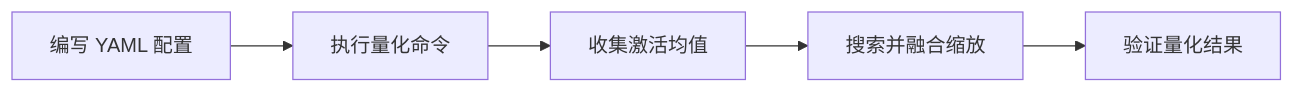
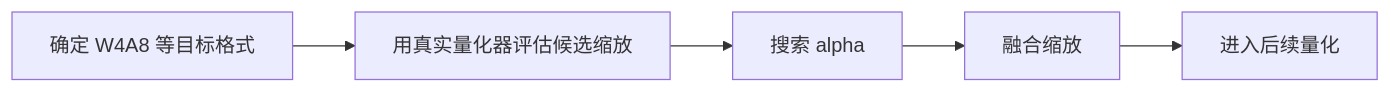
One commit to mindstudio-docs/master changed the diagram in msmodelslim/docs/zh/knowledge_base/quantization_algorithms/flex_awq_ssz/usage_flex_awq_ssz.md. Above: the diagram before and after it, drawn with Mermaid. The commit also changed other lines of this file and 73 other files, not shown here.

````diff
--- a/msmodelslim/docs/zh/knowledge_base/quantization_algorithms/flex_awq_ssz/usage_flex_awq_ssz.md
+++ b/msmodelslim/docs/zh/knowledge_base/quantization_algorithms/flex_awq_ssz/usage_flex_awq_ssz.md
@@ -43,7 +24,7 @@
 ```mermaid
 flowchart LR
-    A[编写 YAML 配置] --> B[执行量化命令]
-    B --> C[收集激活均值]
-    C --> D[搜索并融合缩放]
-    D --> E[验证量化结果]
+    A[确定 W4A8 等目标格式] --> B[用真实量化器评估候选缩放]
+    B[用真实量化器评估候选缩放] --> C[搜索 alpha]
+    C[搜索 alpha] --> D[融合缩放]
+    D[融合缩放] --> E[进入后续量化]
 ```
````
